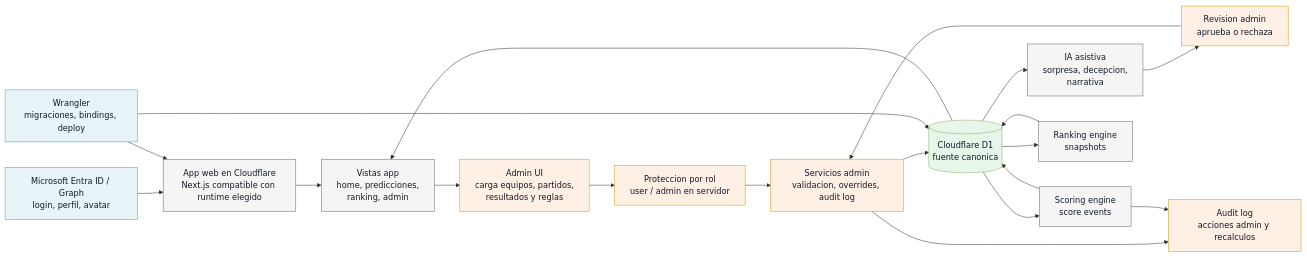
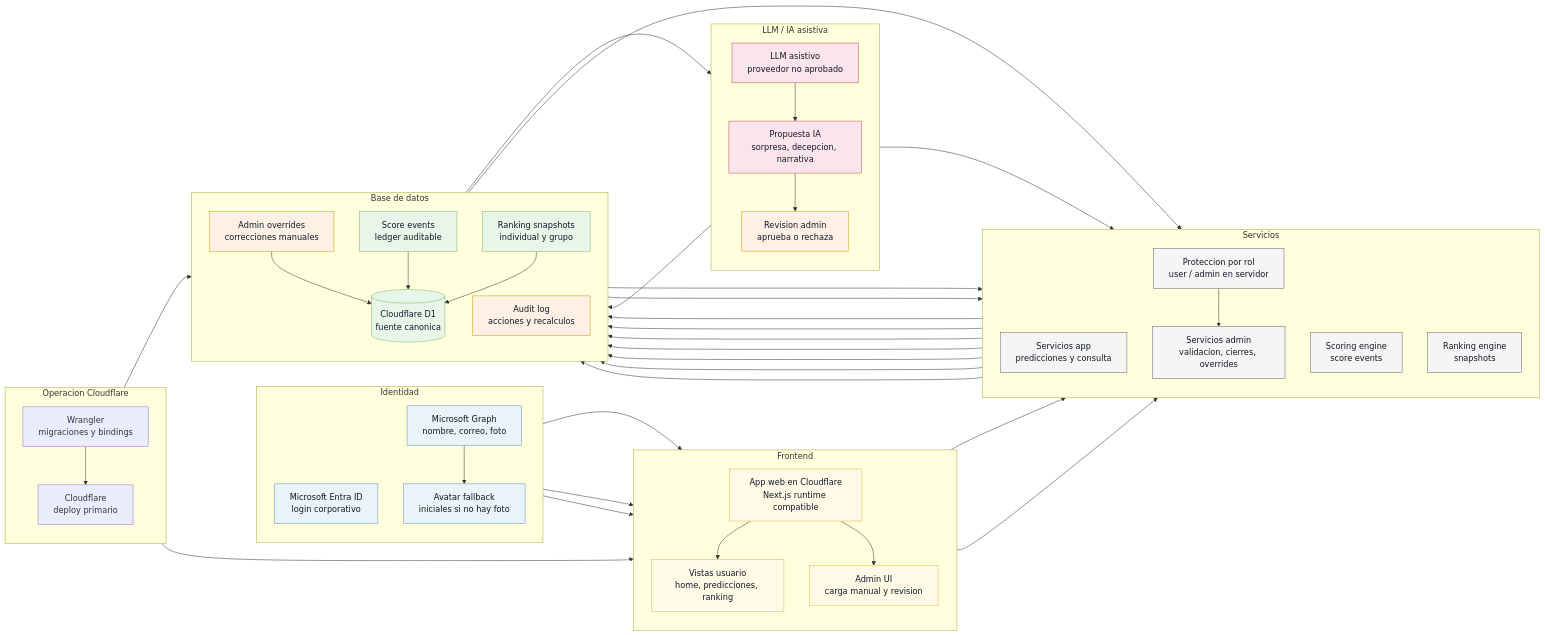
Before and after one commit to C3SC0-V4113/ara-world-cup-context-hub: the diagram in docs/diagrams/d1-manual-ingestion-architecture.md, drawn with Mermaid. The commit also changed other lines of this file and 2 other files, not shown here.

Commit message:
diagram separated

````diff
--- a/docs/diagrams/d1-manual-ingestion-architecture.md
+++ b/docs/diagrams/d1-manual-ingestion-architecture.md
@@ -5,45 +10,92 @@
 ```mermaid
 flowchart LR
-  microsoftIdentity["Microsoft Entra ID / Graph<br/>login, perfil, avatar"]
-  appShell["App web en Cloudflare<br/>Next.js compatible con runtime elegido"]
-  adminUi["Admin UI<br/>carga equipos, partidos,<br/>resultados y reglas"]
-  roleGuard["Proteccion por rol<br/>user / admin en servidor"]
-  adminServices["Servicios admin<br/>validacion, overrides, audit log"]
-  assistiveAi["IA asistiva<br/>sorpresa, decepcion,<br/>narrativa"]
-  adminReview["Revision admin<br/>aprueba o rechaza"]
-  d1Store[("Cloudflare D1<br/>fuente canonica")]
-  scoringEngine["Scoring engine<br/>score events"]
-  rankingEngine["Ranking engine<br/>snapshots"]
-  auditLog["Audit log<br/>acciones admin y recalculos"]
-  appViews["Vistas app<br/>home, predicciones,<br/>ranking, admin"]
-  wranglerOps["Wrangler<br/>migraciones, bindings, deploy"]
+  subgraph identitySection["Identidad"]
+    direction TB
+    msEntra["Microsoft Entra ID<br/>login corporativo"]
+    msGraphProfile["Microsoft Graph<br/>nombre, correo, foto"]
+    avatarFallback["Avatar fallback<br/>iniciales si no hay foto"]
+  end
 
-  microsoftIdentity --> appShell
-  appShell --> appViews
-  appViews --> adminUi
+  subgraph frontendSection["Frontend"]
+    direction TB
+    appShell["App web en Cloudflare<br/>Next.js runtime compatible"]
+    userViews["Vistas usuario<br/>home, predicciones, ranking"]
+    adminUi["Admin UI<br/>carga manual y revision"]
+  end
+
+  subgraph servicesSection["Servicios"]
+    direction TB
+    appServices["Servicios app<br/>predicciones y consulta"]
+    roleGuard["Proteccion por rol<br/>user / admin en servidor"]
+    adminServices["Servicios admin<br/>validacion, cierres, overrides"]
+    scoringEngine["Scoring engine<br/>score events"]
+    rankingEngine["Ranking engine<br/>snapshots"]
+  end
+
+  subgraph databaseSection["Base de datos"]
+    direction TB
+    d1Store[("Cloudflare D1<br/>fuente canonica")]
+    adminOverrides["Admin overrides<br/>correcciones manuales"]
+    scoreEvents["Score events<br/>ledger auditable"]
+    rankingSnapshots["Ranking snapshots<br/>individual y grupo"]
+    auditLog["Audit log<br/>acciones y recalculos"]
+  end
+
+  subgraph llmSection["LLM / IA asistiva"]
+    direction TB
+    llmProvider["LLM asistivo<br/>proveedor no aprobado"]
+    llmDraft["Propuesta IA<br/>sorpresa, decepcion, narrativa"]
+    adminReview["Revision admin<br/>aprueba o rechaza"]
+  end
+
+  subgraph opsSection["Operacion Cloudflare"]
+    direction TB
+    wranglerOps["Wrangler<br/>migraciones y bindings"]
+    cloudflareDeploy["Cloudflare<br/>deploy primario"]
+  end
+
+  msEntra --> appShell
+  msGraphProfile --> appShell
+  msGraphProfile --> avatarFallback
+  avatarFallback --> appShell
+  appShell --> userViews
+  appShell --> adminUi
+  userViews --> appServices
   adminUi --> roleGuard
   roleGuard --> adminServices
+  appServices --> d1Store
+  d1Store --> appServices
   adminServices --> d1Store
+  adminServices --> adminOverrides
+  adminOverrides --> d1Store
   adminServices --> auditLog
-  d1Store --> assistiveAi
-  assistiveAi --> adminReview
-  adminReview --> adminServices
   d1Store --> scoringEngine
-  scoringEngine --> d1Store
+  scoringEngine --> scoreEvents
+  scoreEvents --> d1Store
   scoringEngine --> auditLog
   d1Store --> rankingEngine
-  rankingEngine --> d1Store
-  d1Store --> appViews
-  wranglerOps --> appShell
+  rankingEngine --> rankingSnapshots
+  rankingSnapshots --> d1Store
+  d1Store --> llmProvider
+  llmProvider --> llmDraft
+  llmDraft --> adminReview
+  adminReview --> adminServices
+  adminReview --> auditLog
   wranglerOps --> d1Store
+  wranglerOps --> cloudflareDeploy
+  cloudflareDeploy --> appShell
 
-  classDef sourceCls fill:#e8f4f8,stroke:#6c8ebf,color:#111827
+  classDef identityCls fill:#e8f4f8,stroke:#6c8ebf,color:#111827
+  classDef frontendCls fill:#fff9e6,stroke:#d6b656,color:#111827
+  classDef serviceCls fill:#f5f5f5,stroke:#666666,color:#111827
   classDef storeCls fill:#e8f5e9,stroke:#82b366,color:#111827
   classDef adminCls fill:#fff0e6,stroke:#d79b00,color:#111827
-  classDef processCls fill:#f5f5f5,stroke:#666666,color:#111827
+  classDef llmCls fill:#fce4ec,stroke:#b85450,color:#111827
 
-  class microsoftIdentity,wranglerOps sourceCls
-  class d1Store storeCls
-  class adminUi,roleGuard,adminServices,adminReview,auditLog adminCls
-  class appShell,assistiveAi,scoringEngine,rankingEngine,appViews processCls
+  class msEntra,msGraphProfile,avatarFallback identityCls
+  class appShell,userViews,adminUi frontendCls
+  class appServices,roleGuard,adminServices,scoringEngine,rankingEngine serviceCls
+  class d1Store,scoreEvents,rankingSnapshots storeCls
+  class adminOverrides,auditLog,adminReview adminCls
+  class llmProvider,llmDraft llmCls
 ```
````
